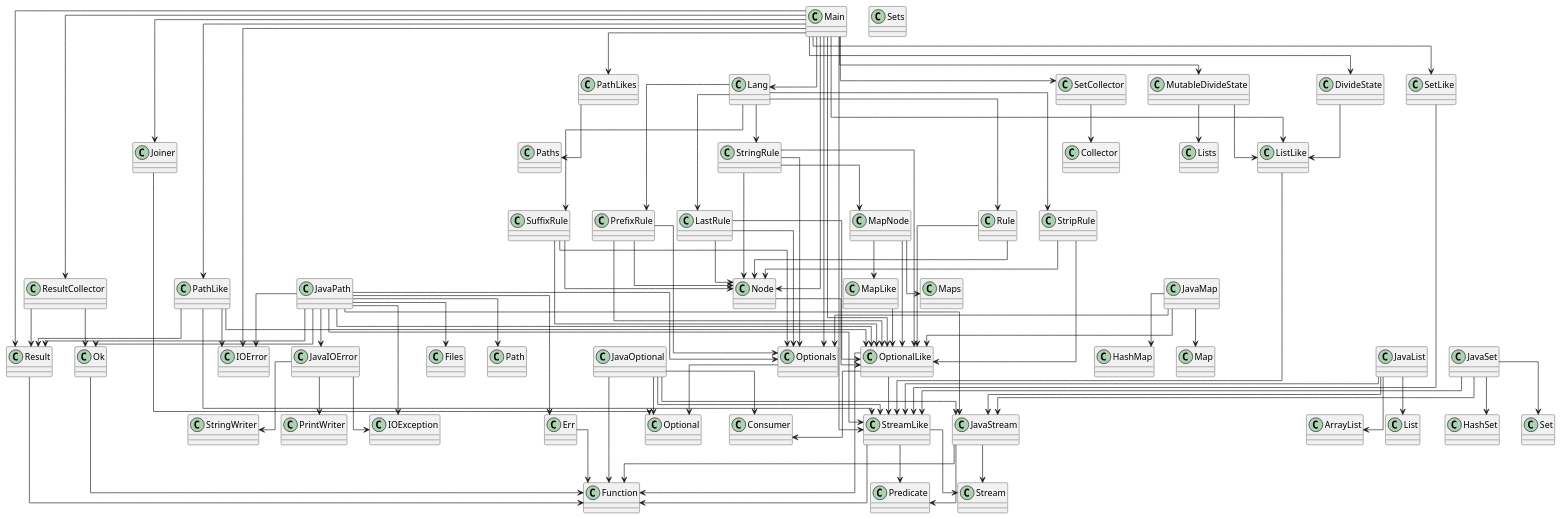
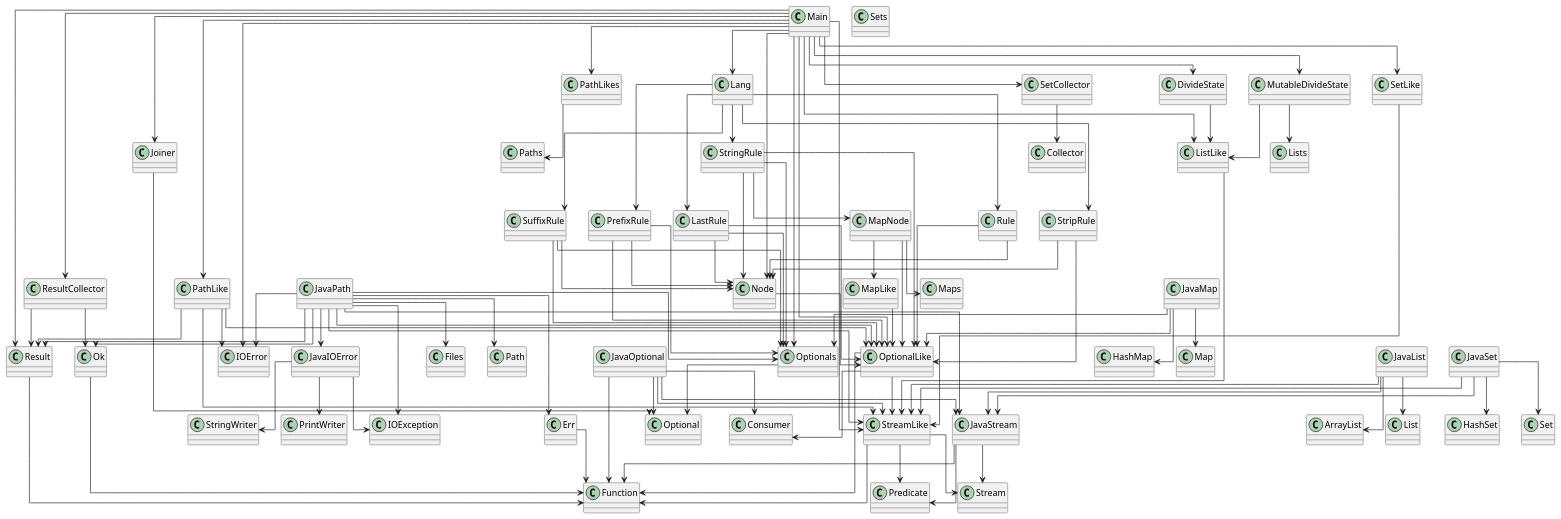
The diagram in diagram.puml (SirMathhman/Magma), drawn with PlantUML before and after one commit. The commit also changed other lines of this file and 3 other files, not shown here.

```diff
--- a/diagram.puml
+++ b/diagram.puml
@@ -1,145 +1,145 @@
 @startuml
 skinparam linetype ortho
 class Joiner
 Joiner --> Optional
 class Maps
 class JavaIOError
 JavaIOError --> IOException
 JavaIOError --> PrintWriter
 JavaIOError --> StringWriter
 class Result
 Result --> Function
 class JavaPath
 JavaPath --> JavaStream
 JavaPath --> StreamLike
 JavaPath --> IOError
 JavaPath --> JavaIOError
 JavaPath --> OptionalLike
 JavaPath --> Optionals
 JavaPath --> Err
 JavaPath --> Ok
 JavaPath --> Result
 JavaPath --> IOException
 JavaPath --> Files
 JavaPath --> Path
 class StreamLike
 StreamLike --> Function
 StreamLike --> Predicate
 StreamLike --> Stream
 class StringRule
 StringRule --> OptionalLike
 StringRule --> Optionals
 StringRule --> MapNode
 StringRule --> Node
 class PrefixRule
 PrefixRule --> OptionalLike
 PrefixRule --> Optionals
 PrefixRule --> Node
 class ListLike
 ListLike --> StreamLike
 class Err
 Err --> Function
 class JavaList
 JavaList --> JavaStream
 JavaList --> StreamLike
 JavaList --> ArrayList
 JavaList --> List
 class Sets
 class PathLike
 PathLike --> StreamLike
 PathLike --> IOError
 PathLike --> OptionalLike
 PathLike --> Result
 class PathLikes
 PathLikes --> Paths
 class Node
 Node --> OptionalLike
 class Lang
 Lang --> LastRule
 Lang --> PrefixRule
 Lang --> Rule
 Lang --> StringRule
 Lang --> StripRule
 Lang --> SuffixRule
 class OptionalLike
 OptionalLike --> StreamLike
 OptionalLike --> Consumer
 OptionalLike --> Function
 class MapLike
 MapLike --> OptionalLike
 class Optionals
 Optionals --> Optional
 class SetCollector
 SetCollector --> Collector
-class MutableDivideState
-MutableDivideState --> ListLike
-MutableDivideState --> Lists
 class Main
 Main --> ListLike
 Main --> SetCollector
 Main --> SetLike
 Main --> Joiner
 Main --> ResultCollector
 Main --> StreamLike
 Main --> IOError
 Main --> PathLike
 Main --> PathLikes
 Main --> OptionalLike
 Main --> Optionals
 Main --> Result
 Main --> DivideState
 Main --> Lang
 Main --> MutableDivideState
 Main --> Node
 class LastRule
 LastRule --> OptionalLike
 LastRule --> Optionals
 LastRule --> Node
 class ResultCollector
 ResultCollector --> Ok
 ResultCollector --> Result
 class JavaStream
 JavaStream --> Function
 JavaStream --> Predicate
 JavaStream --> Stream
 class StripRule
 StripRule --> OptionalLike
 StripRule --> Node
 class JavaSet
 JavaSet --> JavaStream
 JavaSet --> StreamLike
 JavaSet --> HashSet
 JavaSet --> Set
 class MapNode
 MapNode --> MapLike
 MapNode --> Maps
 MapNode --> OptionalLike
 class Lists
 class IOError
-class Collector
 class DivideState
 DivideState --> ListLike
+class Collector
 class JavaMap
 JavaMap --> OptionalLike
 JavaMap --> Optionals
 JavaMap --> HashMap
 JavaMap --> Map
 class SetLike
 SetLike --> StreamLike
 class JavaOptional
 JavaOptional --> JavaStream
 JavaOptional --> StreamLike
 JavaOptional --> Optional
 JavaOptional --> Consumer
 JavaOptional --> Function
+class MutableDivideState
+MutableDivideState --> ListLike
+MutableDivideState --> Lists
 class Rule
 Rule --> OptionalLike
 Rule --> Node
 class SuffixRule
 SuffixRule --> OptionalLike
 SuffixRule --> Optionals
 SuffixRule --> Node
 class Ok
 Ok --> Function
 
 @enduml
```
